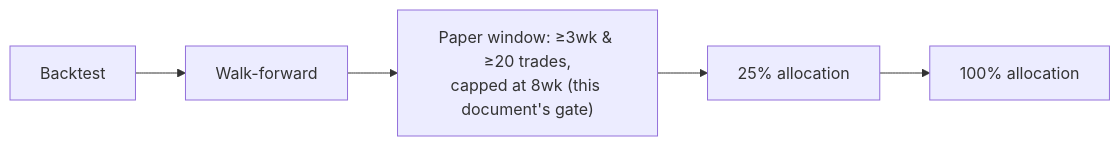
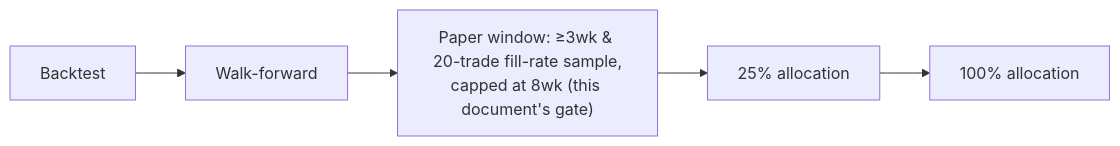
Before and after one commit to aplicy-com/guarded-trader: the diagram in docs/08-paper-exit-criteria.md, drawn with Mermaid. The commit also changed other lines of this file and 2 other files, not shown here.

First line of the commit message:
docs(gates): ADR-0021 cost-consistent Gate 1 with random-entry null

````diff
--- a/docs/08-paper-exit-criteria.md
+++ b/docs/08-paper-exit-criteria.md
@@ -14,7 +14,7 @@
 ```mermaid
 flowchart LR
     BT["Backtest"] --> WF["Walk-forward"]
-    WF --> Paper["Paper window: ≥3wk & ≥20 trades,<br/>capped at 8wk (this document's gate)"]
+    WF --> Paper["Paper window: ≥3wk & 20-trade fill-rate sample,<br/>capped at 8wk (this document's gate)"]
     Paper --> A25["25% allocation"]
     A25 --> A100["100% allocation"]
 ```
````
